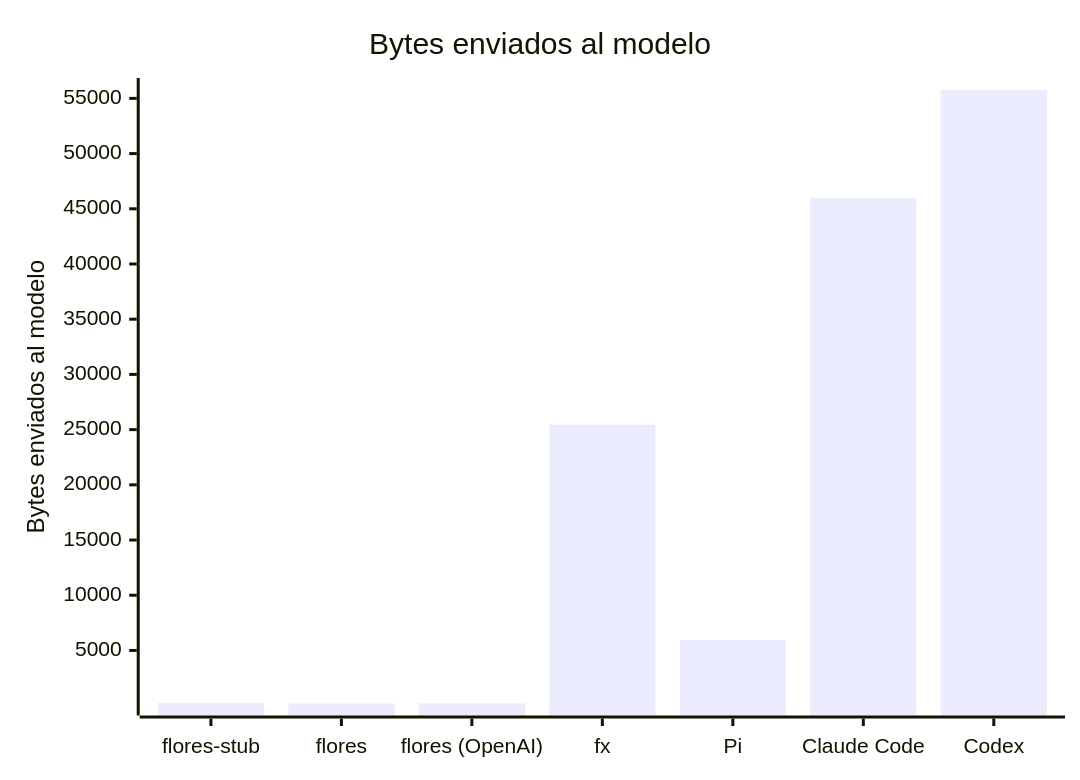
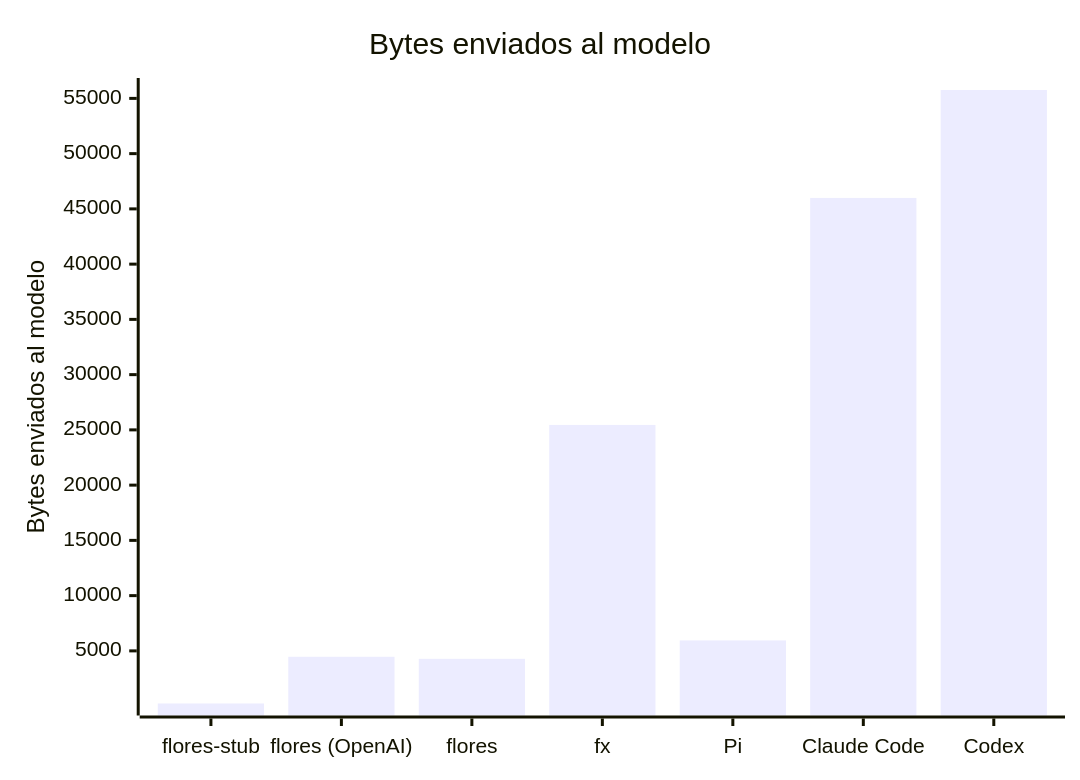
The second of 6 diagrams in benchmarks/published/README.md (sfloresone/flores), drawn with Mermaid before and after one commit. The commit also changed other lines of this file and 6 other files, not shown here.

````diff
--- a/benchmarks/published/README.md
+++ b/benchmarks/published/README.md
@@ -131,7 +125,7 @@
 ```mermaid
 xychart-beta
     title "Bytes enviados al modelo"
-    x-axis ["flores-stub", "flores", "flores (OpenAI)", "fx", "Pi", "Claude Code", "Codex"]
+    x-axis ["flores-stub", "flores (OpenAI)", "flores", "fx", "Pi", "Claude Code", "Codex"]
     y-axis "Bytes enviados al modelo"
-    bar [238.00, 194.00, 204.00, 25448.00, 5947.00, 45993.00, 55759.00]
+    bar [238.00, 4465.00, 4281.00, 25448.00, 5947.00, 45993.00, 55759.00]
 ```
````
